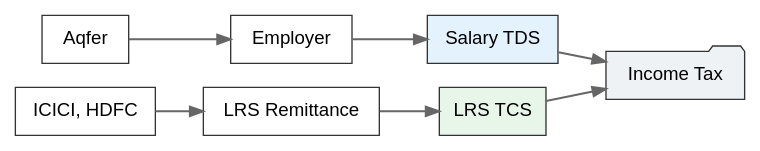
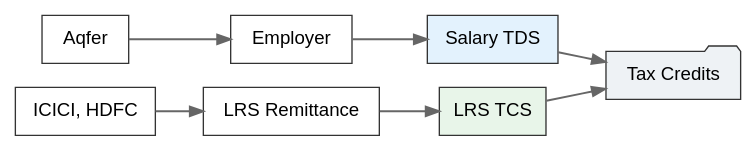
One commit to sakthipriyan/sakthipriyan.github.io changed the second of 3 diagrams in content/building-wealth/blogs/2026/journey-of-filing-income-tax.md. Above: the diagram before and after it, drawn with Graphviz. The commit also changed other lines of this file, not shown here.

First line of the commit message:
Publish ITR-2 Income Tax Article (#64)

````diff
--- a/content/building-wealth/blogs/2026/journey-of-filing-income-tax.md
+++ b/content/building-wealth/blogs/2026/journey-of-filing-income-tax.md
@@ -92,25 +118,25 @@
 ```dot
 digraph TaxPayment {
   rankdir=LR;
   node [shape=box, style=filled, fillcolor="#ffffff", fontname="sans-serif", color="#333333", margin="0.2,0.1"];
   edge [color="#666666", penwidth=1.5];
   
-  IncomeTax [label="Income Tax", shape=folder, fillcolor="#eef2f5"];
+  IncomeTax [label="Tax Credits", shape=folder, fillcolor="#eef2f5"];
   
   SalaryTDS [label="Salary TDS", fillcolor="#e3f2fd"];
   Employer [label="Employer"];
   Aqfer [label="Aqfer"];
   
   LRSTCS [label="LRS TCS", fillcolor="#e8f5e9"];
   LRSRemittance [label="LRS Remittance"];
   Banks [label="ICICI, HDFC"];
   
   SalaryTDS -> IncomeTax;
   Employer -> SalaryTDS;
   Aqfer -> Employer;
   
   LRSTCS -> IncomeTax;
   LRSRemittance -> LRSTCS;
   Banks -> LRSRemittance;
 }
 ```
````
